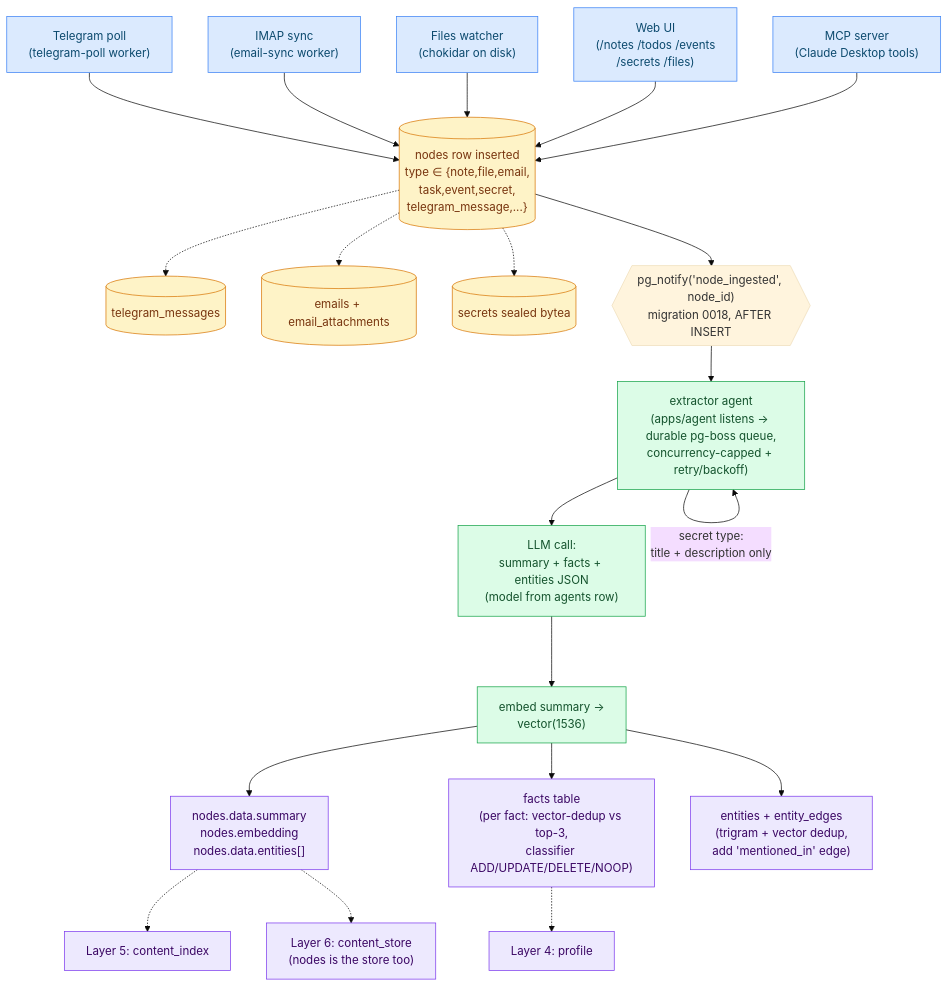
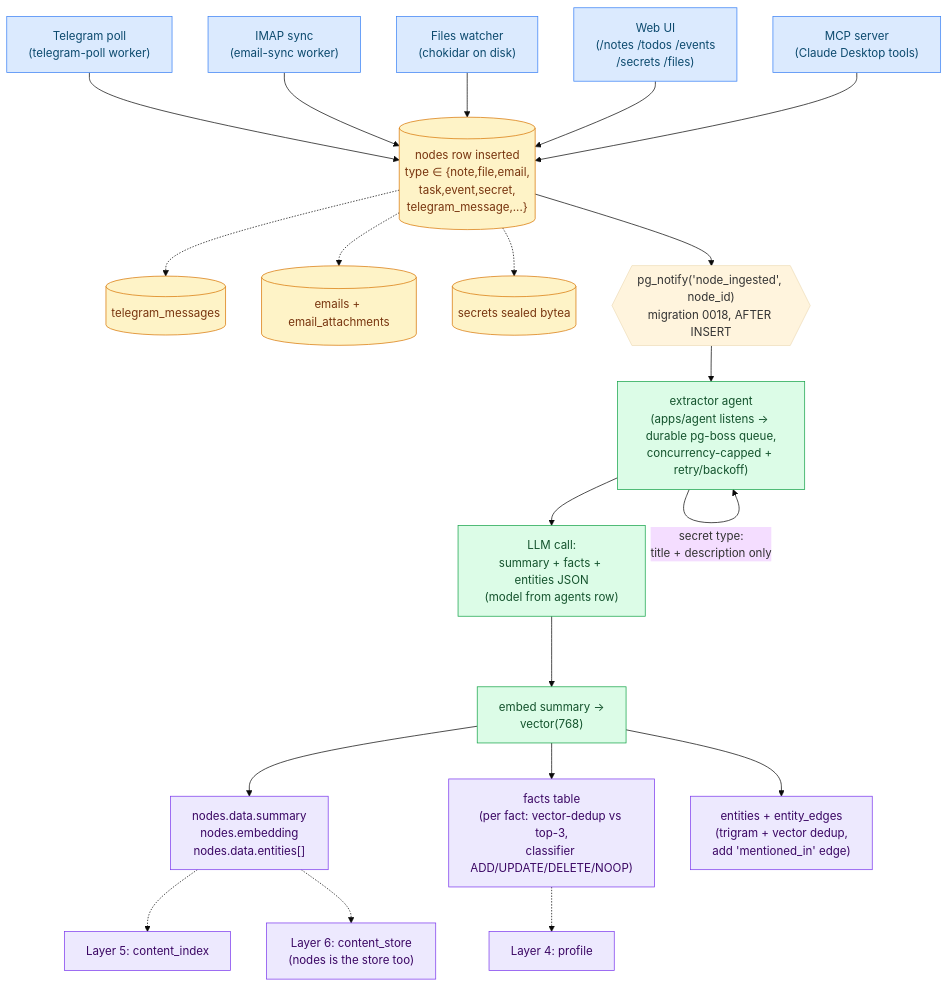
Before and after one commit to crossworks-engineering/mantle: the first of 2 diagrams in docs/memory.md, drawn with Mermaid (base theme). The commit also changed other lines of this file and 1 other file, not shown here.

````diff
--- a/docs/memory.md
+++ b/docs/memory.md
@@ -46,45 +57,45 @@
 ```mermaid
 flowchart TD
     classDef source fill:#dbeafe,stroke:#3b82f6,color:#0c4a6e
     classDef store  fill:#fef3c7,stroke:#d97706,color:#78350f
     classDef agent  fill:#dcfce7,stroke:#16a34a,color:#14532d
     classDef layer  fill:#ede9fe,stroke:#7c3aed,color:#3b0764
 
     %% Ingest sources
     TG["Telegram poll<br/>(telegram-poll worker)"]:::source
     EM["IMAP sync<br/>(email-sync worker)"]:::source
     FW["Files watcher<br/>(chokidar on disk)"]:::source
     WEB["Web UI<br/>(/notes /todos /events<br/>/secrets /files)"]:::source
     MCP["MCP server<br/>(Claude Desktop tools)"]:::source
 
     %% Persist
     N[("nodes row inserted<br/>type ∈ {note,file,email,<br/>task,event,secret,<br/>telegram_message,...}")]:::store
     TG --> N
     EM --> N
     FW --> N
     WEB --> N
     MCP --> N
 
     %% Specialised tables alongside
     N -.-> TM[("telegram_messages")]:::store
     N -.-> EROW[("emails + email_attachments")]:::store
     N -.-> SR[("secrets sealed bytea")]:::store
 
     %% Trigger
     N --> TR{{"pg_notify('node_ingested', node_id)<br/>migration 0018, AFTER INSERT"}}
 
     %% Extractor agent
     TR --> EX["extractor agent<br/>(apps/agent listens → durable pg-boss queue,<br/>concurrency-capped + retry/backoff)"]:::agent
     EX -- "secret type:<br/>title + description only" --> EX
     EX --> SUM["LLM call:<br/>summary + facts + entities JSON<br/>(model from agents row)"]:::agent
-    SUM --> EMB["embed summary →<br/>vector(1536)"]:::agent
+    SUM --> EMB["embed summary →<br/>vector(768)"]:::agent
 
     %% Layer writes
     EMB --> CI["nodes.data.summary<br/>nodes.embedding<br/>nodes.data.entities[]"]:::layer
     EMB --> FACTS["facts table<br/>(per fact: vector-dedup vs top-3,<br/>classifier ADD/UPDATE/DELETE/NOOP)"]:::layer
     EMB --> ENT["entities + entity_edges<br/>(trigram + vector dedup,<br/>add 'mentioned_in' edge)"]:::layer
 
     CI -.-> L5["Layer 5: content_index"]:::layer
     CI -.-> L6["Layer 6: content_store<br/>(nodes is the store too)"]:::layer
     FACTS -.-> L4["Layer 4: profile"]:::layer
 ```
````
